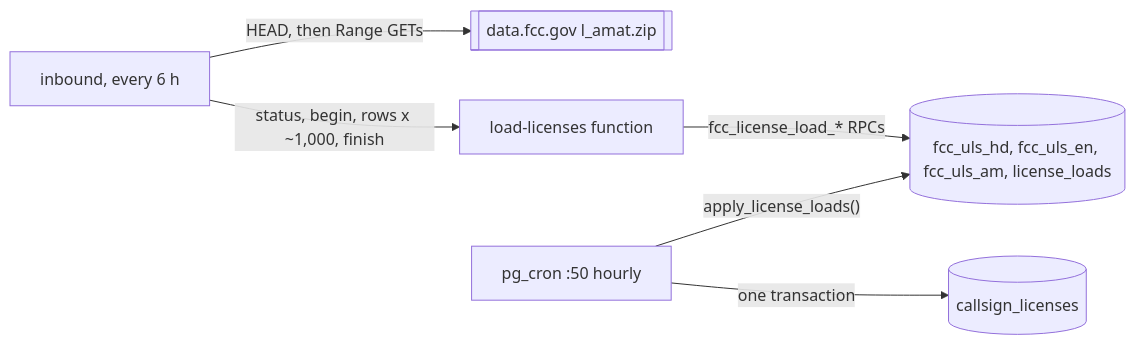
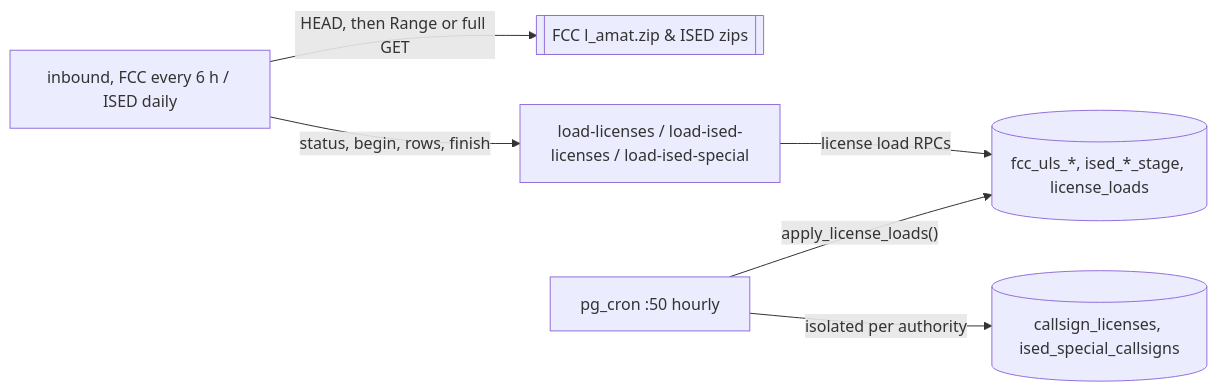
The tenth of 17 diagrams in docs/ARCHITECTURE.md (johnsonm/longlines), drawn with Mermaid before and after one commit. The commit also changed other lines of this file and 3 other files, not shown here.

Commit message:
Document ISED license and special callsign imports

````diff
--- a/docs/ARCHITECTURE.md
+++ b/docs/ARCHITECTURE.md
@@ -1249,8 +1249,8 @@
 ```mermaid
 flowchart LR
-  R[inbound, every 6 h] -- "HEAD, then Range GETs" --> Z[[data.fcc.gov l_amat.zip]]
-  R -- "status, begin, rows x ~1,000, finish" --> F[load-licenses function]
-  F -- "fcc_license_load_* RPCs" --> S[(fcc_uls_hd, fcc_uls_en, fcc_uls_am, license_loads)]
+  R[inbound, FCC every 6 h / ISED daily] -- "HEAD, then Range or full GET" --> Z[[FCC l_amat.zip & ISED zips]]
+  R -- "status, begin, rows, finish" --> F[load-licenses / load-ised-licenses / load-ised-special]
+  F -- "license load RPCs" --> S[(fcc_uls_*, ised_*_stage, license_loads)]
   C[pg_cron :50 hourly] -- "apply_license_loads()" --> S
-  C -- "one transaction" --> L[(callsign_licenses)]
+  C -- "isolated per authority" --> L[(callsign_licenses, ised_special_callsigns)]
 ```
````
